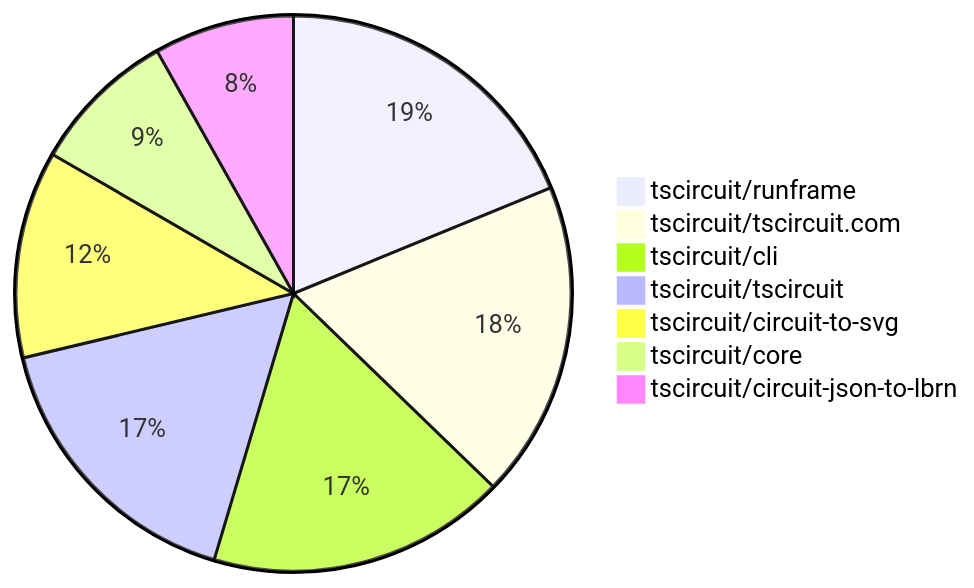
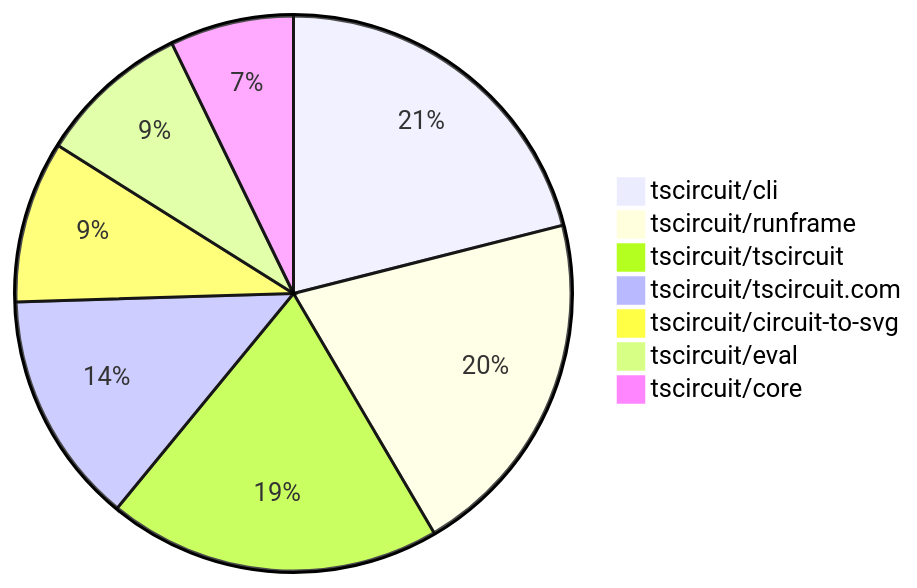
One commit to tscircuit/contribution-tracker changed the second of 2 diagrams in README.md. Above: the diagram before and after it, drawn with Mermaid. The commit also changed other lines of this file and 3 other files, not shown here.

````diff
--- a/README.md
+++ b/README.md
@@ -133,10 +137,10 @@
 ```mermaid
 pie
-    "tscircuit/runframe" : 53
-    "tscircuit/tscircuit.com" : 52
-    "tscircuit/cli" : 49
-    "tscircuit/tscircuit" : 47
+    "tscircuit/cli" : 76
+    "tscircuit/runframe" : 74
+    "tscircuit/tscircuit" : 70
+    "tscircuit/tscircuit.com" : 49
     "tscircuit/circuit-to-svg" : 34
-    "tscircuit/core" : 24
-    "tscircuit/circuit-json-to-lbrn" : 23
+    "tscircuit/eval" : 32
+    "tscircuit/core" : 26
 ```
````
